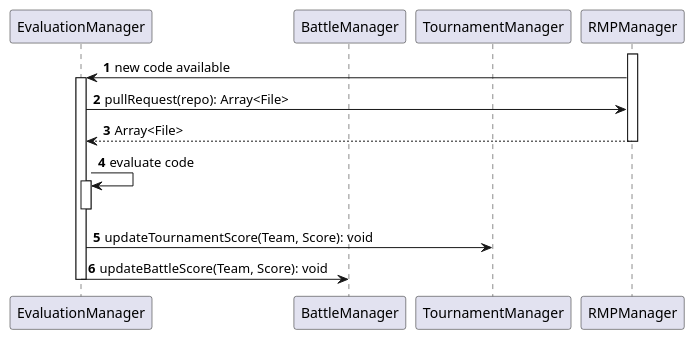
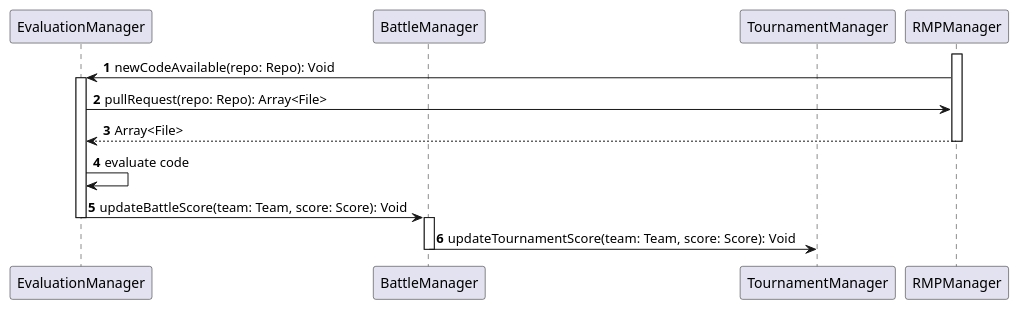
One commit to Angelo7672/SE2_Requirement-and-Design-Document changed the diagram in _DD/Images/sequenceDiagrams/evaluateCode.wsd. Above: the diagram before and after it, drawn with PlantUML. The commit also changed 5 other files, not shown here.

```diff
--- a/_DD/Images/sequenceDiagrams/evaluateCode.wsd
+++ b/_DD/Images/sequenceDiagrams/evaluateCode.wsd
@@ -1,22 +1,23 @@
 @startuml
 
 autonumber
 
 participant EvaluationManager as EM
 participant BattleManager as BM
 participant TournamentManager as TM
 participant RMPManager as RMP
 
 activate RMP
-RMP -> EM: new code available
+RMP -> EM: newCodeAvailable(repo: Repo): Void
 activate EM
-EM -> RMP: pullRequest(repo): Array<File>
+EM -> RMP: pullRequest(repo: Repo): Array<File>
 RMP --> EM: Array<File>
 deactivate RMP
 EM -> EM: evaluate code
-activate EM
+EM -> BM: updateBattleScore(team: Team, score: Score): Void
 deactivate EM
-EM -> TM: updateTournamentScore(Team, Score): void
-EM -> BM: updateBattleScore(Team, Score): void
-deactivate EM
+activate BM
+BM -> TM: updateTournamentScore(team: Team, score: Score): Void
+deactivate BM
+
 @enduml
```
